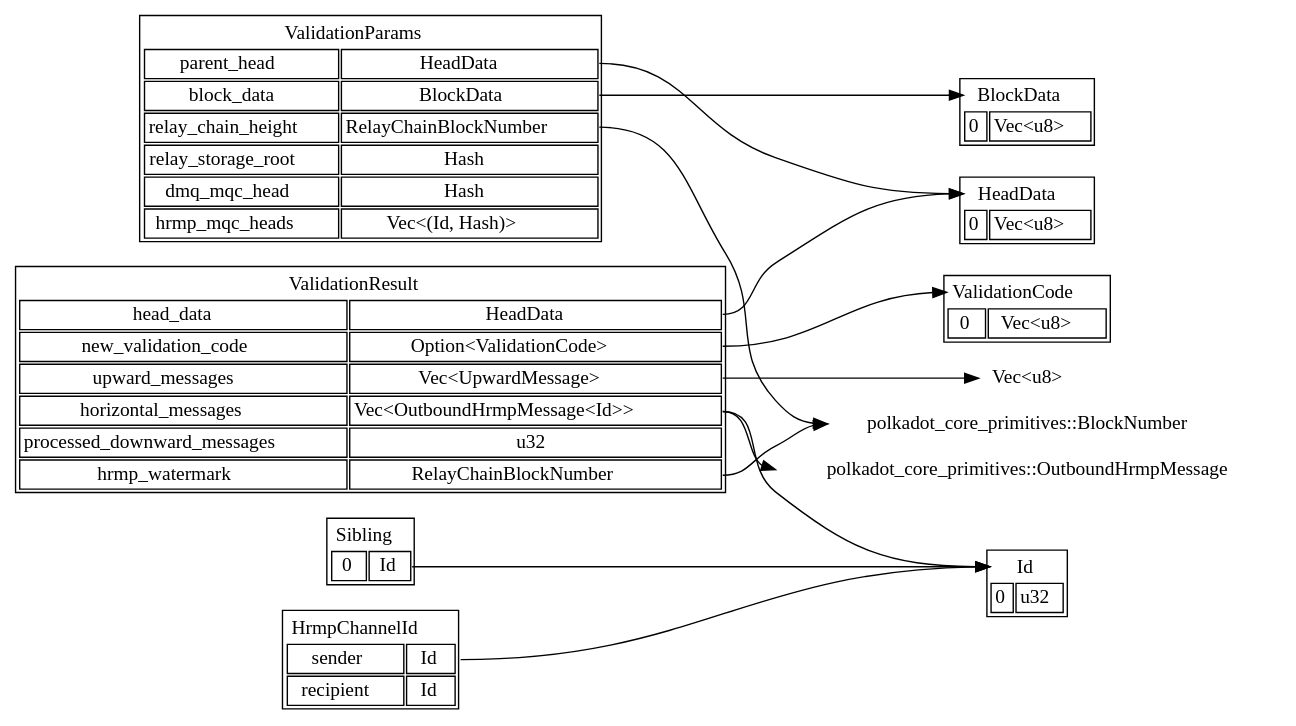
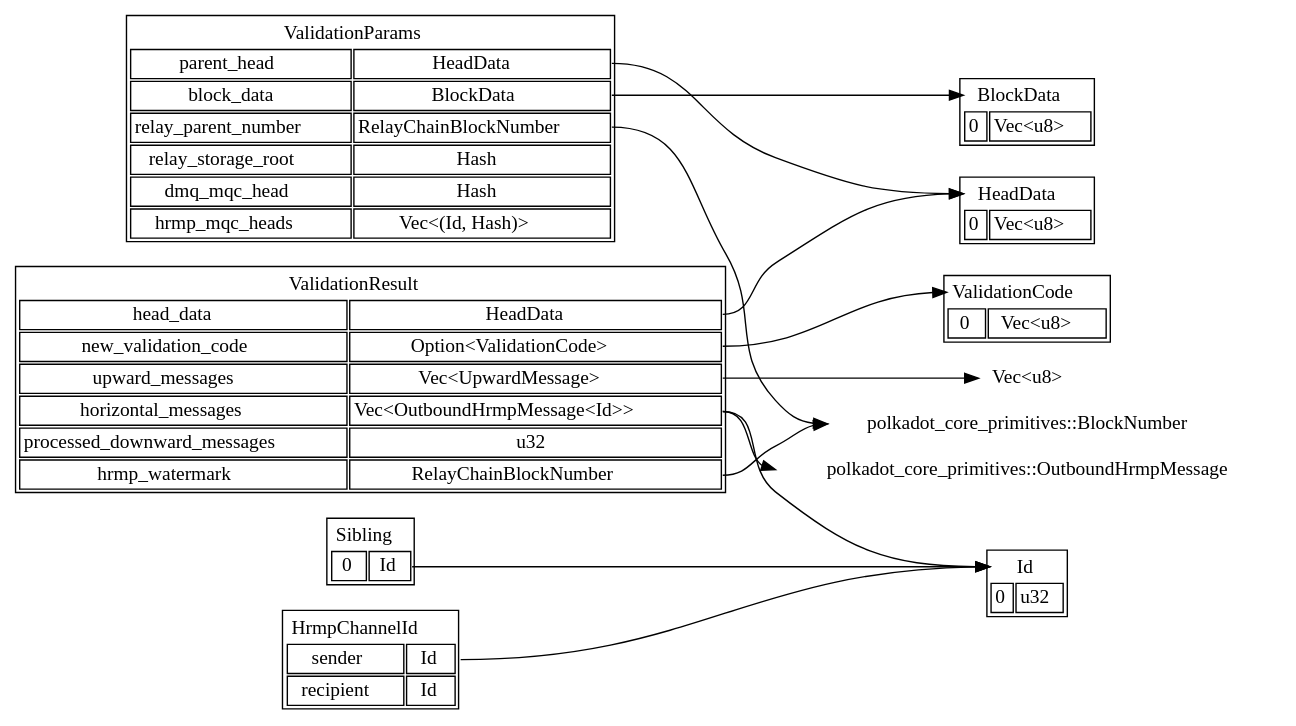
Before and after one commit to paritytech/polkadot: the second of 2 diagrams in roadmap/implementers-guide/src/types/README.md, drawn with Graphviz. The commit also changed 6 other files, not shown here.

Commit message:
ValidationParams: `relay_chain_height`->`relay_parent_number`

```diff
--- a/roadmap/implementers-guide/src/types/README.md
+++ b/roadmap/implementers-guide/src/types/README.md
@@ -401,7 +401,7 @@
             <tr><td border="0" colspan="2" port="name">ValidationParams</td></tr>
             <tr><td>parent_head</td><td port="parent_head">HeadData</td></tr>
             <tr><td>block_data</td><td port="block_data">BlockData</td></tr>
-            <tr><td>relay_chain_height</td><td port="relay_chain_height">RelayChainBlockNumber</td></tr>
+            <tr><td>relay_parent_number</td><td port="relay_parent_number">RelayChainBlockNumber</td></tr>
             <tr><td>relay_storage_root</td><td port="relay_storage_root">Hash</td></tr>
             <tr><td>dmq_mqc_head</td><td port="dmq_mqc_head">Hash</td></tr>
             <tr><td>hrmp_mqc_heads</td><td port="hrmp_mqc_heads">Vec&lt;(Id, Hash)&gt;</td></tr>
@@ -410,7 +410,7 @@
 
     ValidationParams:parent_head -> HeadData:name
     ValidationParams:block_data -> BlockData:name
-    ValidationParams:relay_chain_height -> RelayChainBlockNumber:w
+    ValidationParams:relay_parent_number -> RelayChainBlockNumber:w
 
     RelayChainBlockNumber [label = "polkadot_core_primitives::BlockNumber"]
 
```
